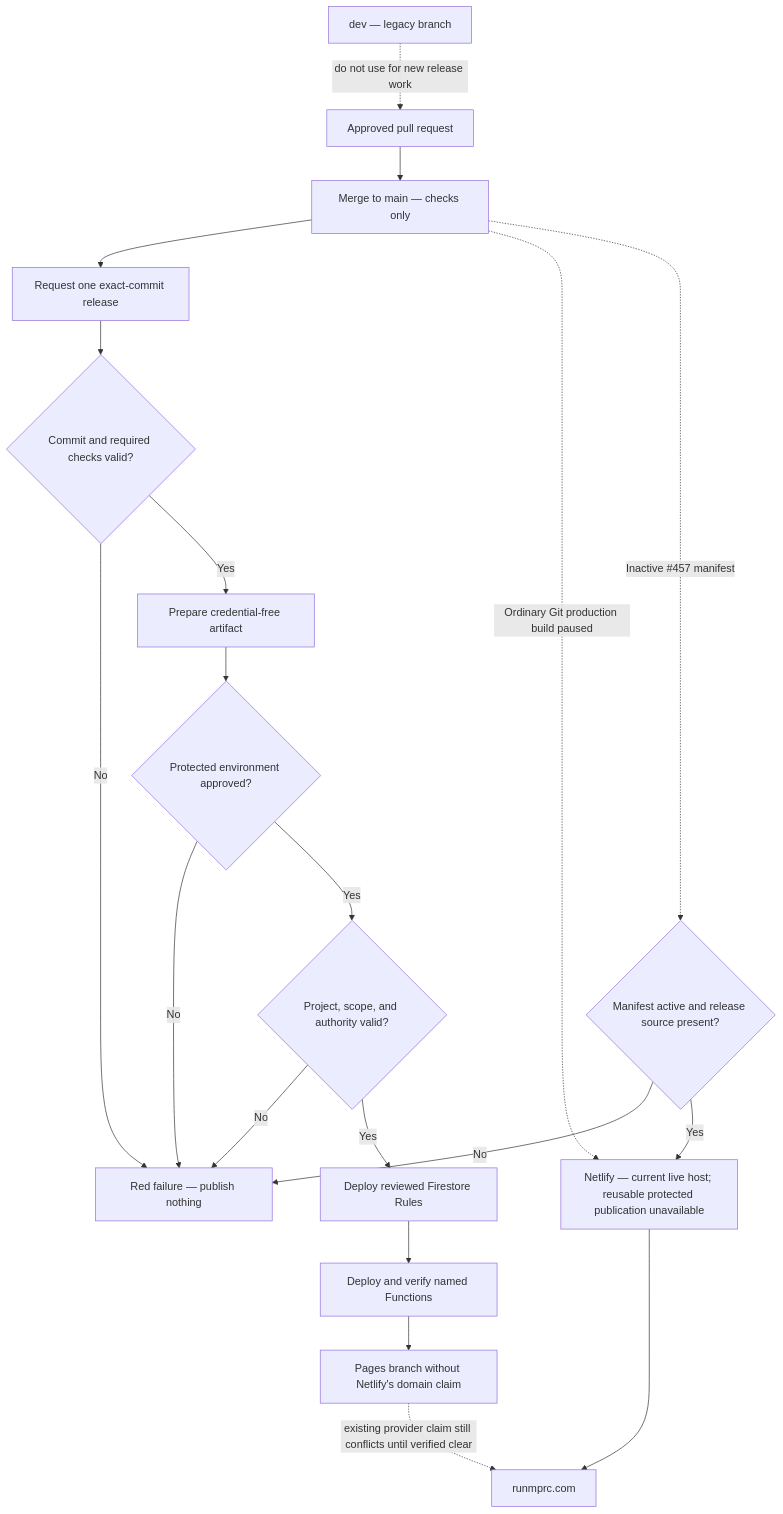
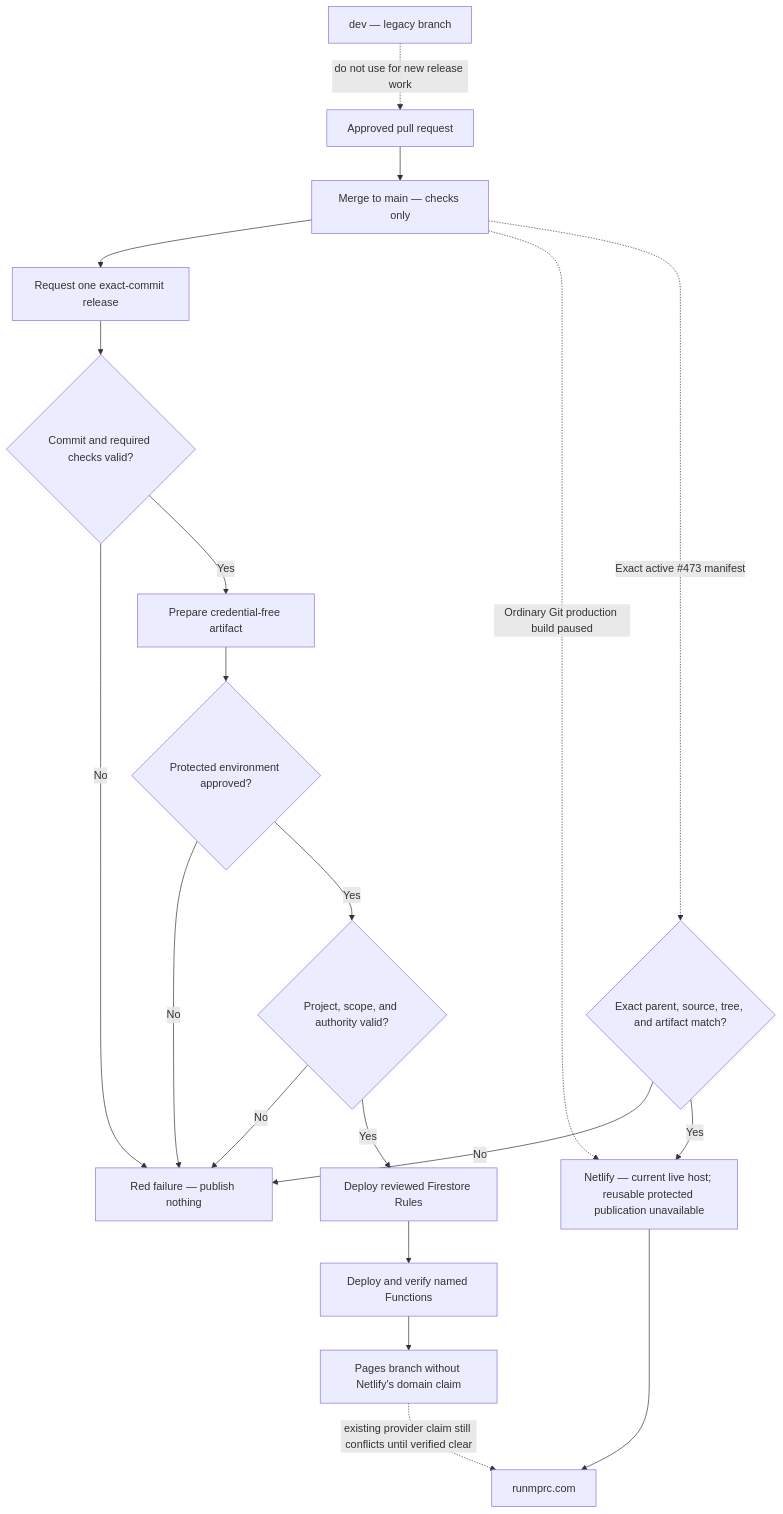
The fourth of 9 diagrams in docs/officers/SYSTEM_MAPS.md (Run-MPRC/Run-MPRC.github.io), drawn with Mermaid before and after one commit. The commit also changed other lines of this file and 8 other files, not shown here.

Commit message:
Arm exact Shop and Events website release

````diff
--- a/docs/officers/SYSTEM_MAPS.md
+++ b/docs/officers/SYSTEM_MAPS.md
@@ -71,22 +71,22 @@
 ```mermaid
 flowchart TD
     PR["Approved pull request"] --> Main["Merge to main — checks only"]
     Main --> Request["Request one exact-commit release"]
     Request --> Preflight{"Commit and required checks valid?"}
     Preflight -- "No" --> Stop["Red failure — publish nothing"]
     Preflight -- "Yes" --> Prepare["Prepare credential-free artifact"]
     Prepare --> Approval{"Protected environment approved?"}
     Approval -- "No" --> Stop
     Approval -- "Yes" --> Gate{"Project, scope, and authority valid?"}
     Gate -- "No" --> Stop
     Gate -- "Yes" --> Rules["Deploy reviewed Firestore Rules"]
     Rules --> Functions["Deploy and verify named Functions"]
     Functions --> Pages["Pages branch without Netlify's domain claim"]
     Main -. "Ordinary Git production build paused" .-> Netlify
-    Main -. "Inactive #457 manifest" .-> WebGate{"Manifest active and release source present?"}
+    Main -. "Exact active #473 manifest" .-> WebGate{"Exact parent, source, tree, and artifact match?"}
     WebGate -- "No" --> Stop
     WebGate -- "Yes" --> Netlify
     Netlify["Netlify — current live host; reusable protected publication unavailable"] --> Live["runmprc.com"]
     Pages -. "existing provider claim still conflicts until verified clear" .-> Live
     Dev["dev — legacy branch"] -. "do not use for new release work" .-> PR
 ```
````
